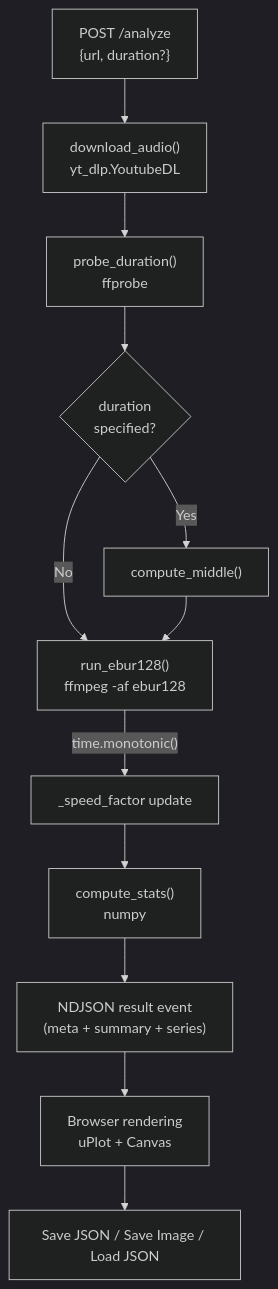
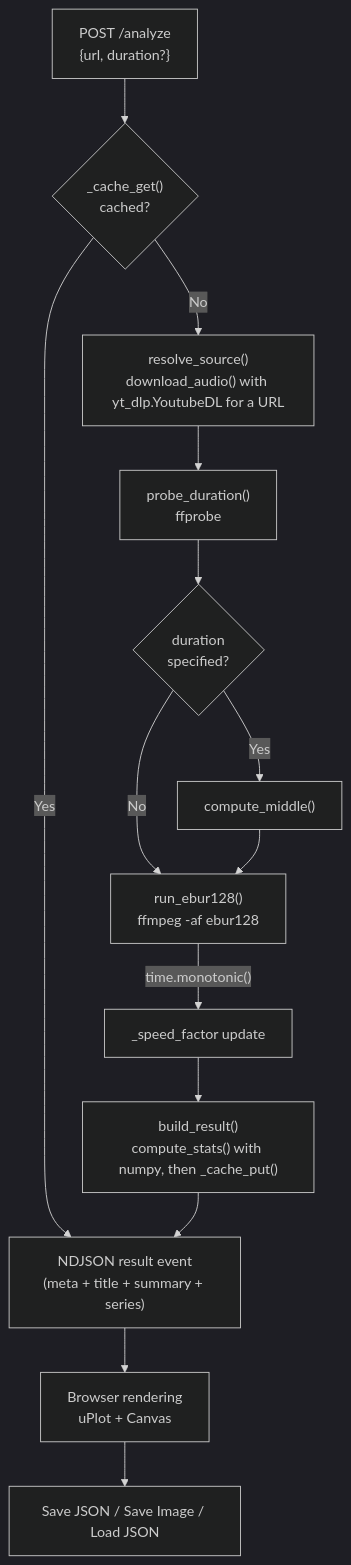
One commit to semnil/analyze-loudness changed the third of 4 diagrams in docs/architecture.md. Above: the diagram before and after it, drawn with Mermaid (dark theme). The commit also changed other lines of this file and 7 other files, not shown here.

````diff
--- a/docs/architecture.md
+++ b/docs/architecture.md
@@ -88,14 +94,16 @@
 ```mermaid
 graph TD
-    A["POST /analyze<br/>{url, duration?}"] --> B["download_audio()<br/>yt_dlp.YoutubeDL"]
-    B --> C["probe_duration()<br/>ffprobe"]
-    C --> D{"duration<br/>specified?"}
+    A["POST /analyze<br>{url, duration?}"] --> L{"_cache_get()<br>cached?"}
+    L -->|Yes| I["NDJSON result event<br>(meta + title + summary + series)"]
+    L -->|No| B["resolve_source()<br>download_audio() with yt_dlp.YoutubeDL for a URL"]
+    B --> C["probe_duration()<br>ffprobe"]
+    C --> D{"duration<br>specified?"}
     D -->|Yes| E["compute_middle()"]
-    D -->|No| F["run_ebur128()<br/>ffmpeg -af ebur128"]
+    D -->|No| F["run_ebur128()<br>ffmpeg -af ebur128"]
     E --> F
     F -->|"time.monotonic()"| G["_speed_factor update"]
-    G --> H["compute_stats()<br/>numpy"]
-    H --> I["NDJSON result event<br/>(meta + summary + series)"]
-    I --> J["Browser rendering<br/>uPlot + Canvas"]
+    G --> H["build_result()<br>compute_stats() with numpy, then _cache_put()"]
+    H --> I
+    I --> J["Browser rendering<br>uPlot + Canvas"]
     J --> K["Save JSON / Save Image / Load JSON"]
 ```
````
